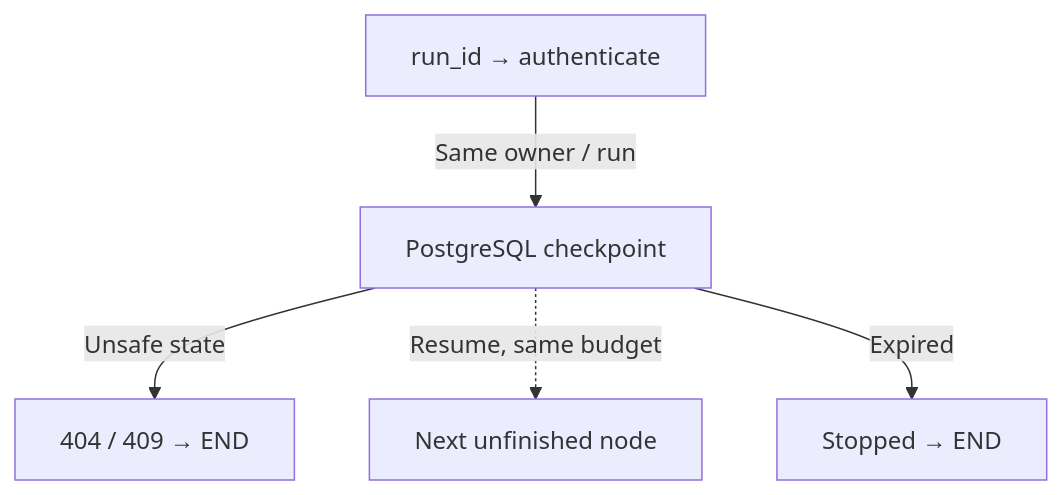
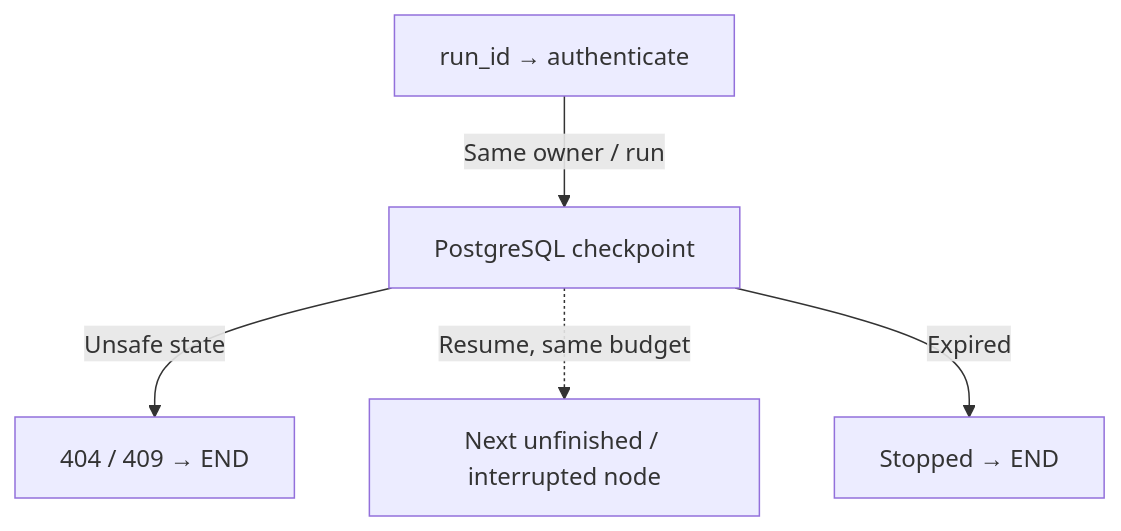
One commit to ByronHo68/ai-learning-academy changed the ninth of 12 diagrams in docs/FINANCE_WORKFLOW_ATLAS.md. Above: the diagram before and after it, drawn with Mermaid. The commit also changed other lines of this file and 64 other files, not shown here.

````diff
--- a/docs/FINANCE_WORKFLOW_ATLAS.md
+++ b/docs/FINANCE_WORKFLOW_ATLAS.md
@@ -630,12 +688,12 @@
 ```mermaid
 flowchart TD
   n0["run_id → authenticate"]
   n1["PostgreSQL checkpoint"]
   n2["404 / 409 → END"]
-  n3["Next unfinished node"]
+  n3["Next unfinished / interrupted node"]
   n4["Stopped → END"]
   n0 -- "Same owner / run" --> n1
   n1 -- "Unsafe state" --> n2
   n1 -. "Resume, same budget" .-> n3
   n1 -- "Expired" --> n4
 ```
````
